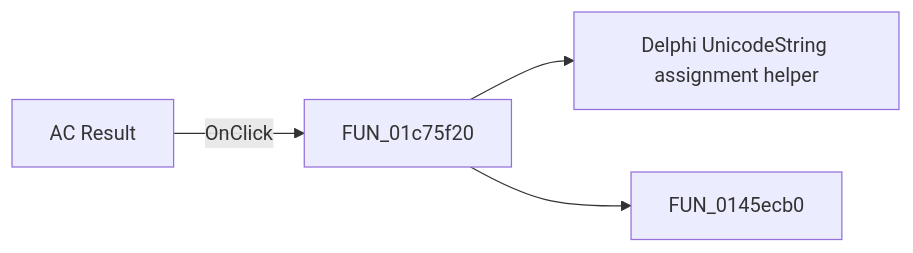
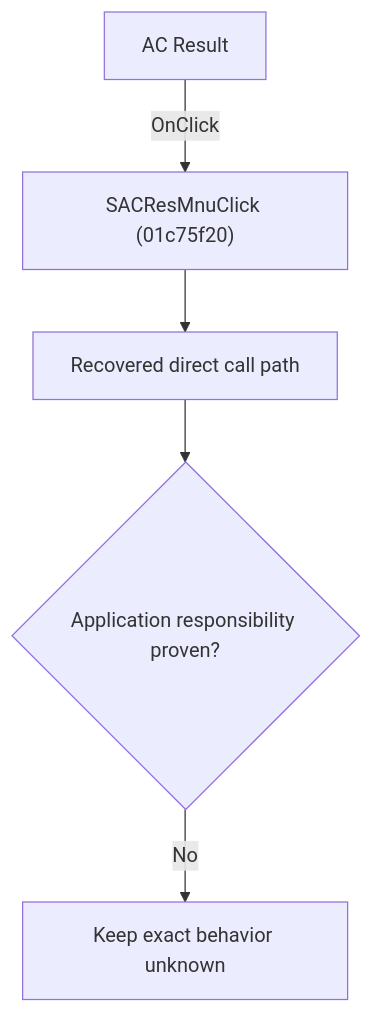
Before and after one commit to MovGP0/TIARA: the diagram in docs/ui-controls/schematiceditor/sacresmnu-5c4440fa9b.md, drawn with Mermaid. The commit also changed other lines of this file and 1062 other files, not shown here.

````diff
--- a/docs/ui-controls/schematiceditor/sacresmnu-5c4440fa9b.md
+++ b/docs/ui-controls/schematiceditor/sacresmnu-5c4440fa9b.md
@@ -27,6 +27,7 @@
 ```mermaid
-flowchart LR
-    control["AC Result"] -->|OnClick| handler["FUN_01c75f20"]
-    handler --> call1["Delphi UnicodeString assignment helper"]
-    handler --> call2["FUN_0145ecb0"]
+flowchart TD
+    control["AC Result"] -->|"OnClick"| handler["SACResMnuClick (01c75f20)"]
+    handler --> recovered["Recovered direct call path"]
+    recovered --> gap{"Application responsibility proven?"}
+    gap -->|"No"| blocked["Keep exact behavior unknown"]
 ```
````
